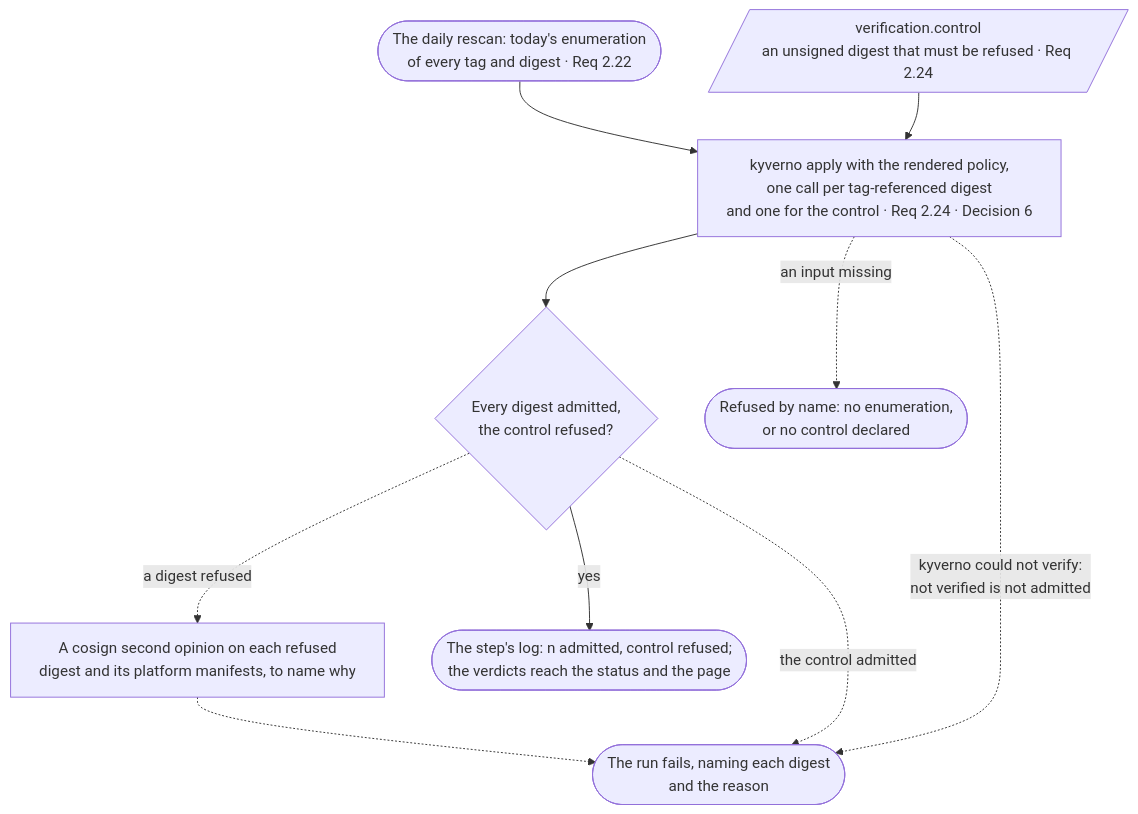
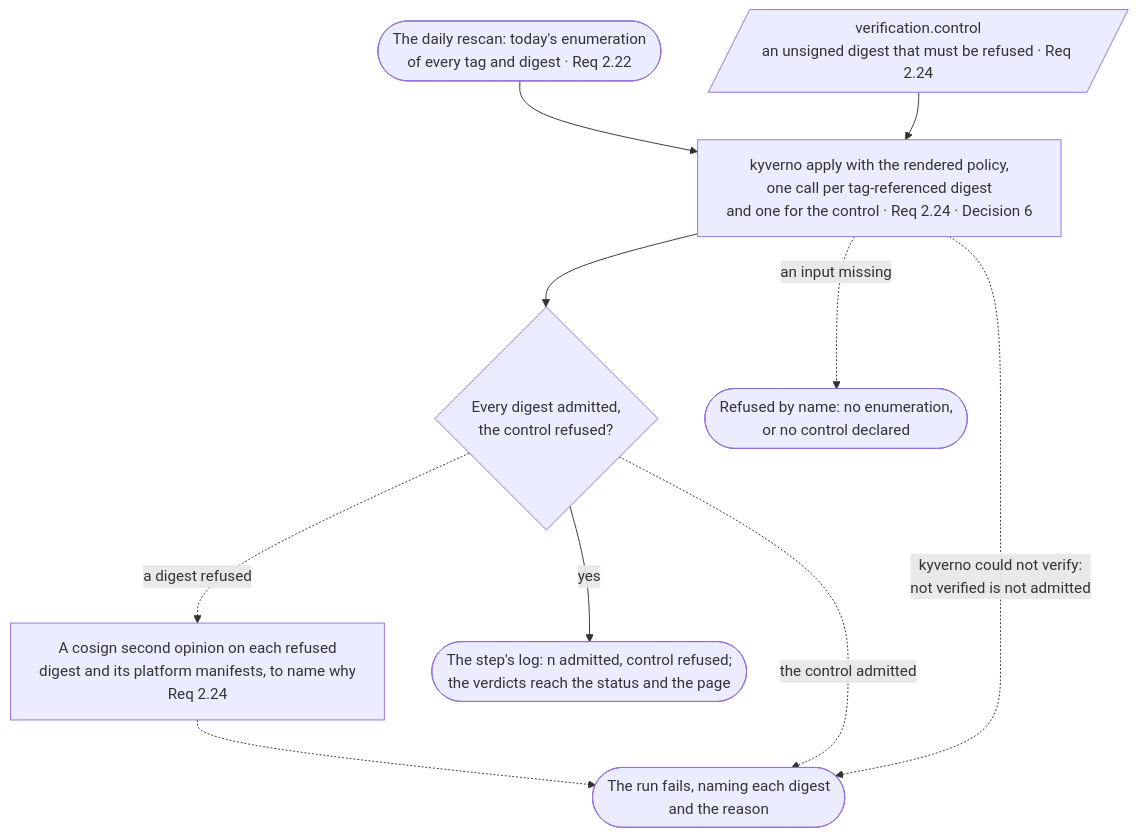
Before and after one commit to mm-weber/dhc-pipeline: diagram 30 of 31 in docs/lanes.md, drawn with Mermaid. The commit also changed other lines of this file and 9 other files, not shown here.

````diff
--- a/docs/lanes.md
+++ b/docs/lanes.md
@@ -1118,19 +1118,19 @@
 ```mermaid
 %%{init: {"flowchart": {"wrappingWidth": 340}}}%%
 flowchart TB
     IN(["The daily rescan: today's enumeration<br/>of every tag and digest · Req 2.22"])
     CTRL[/"verification.control<br/>an unsigned digest that must be refused · Req 2.24"/]
     ADM["kyverno apply with the rendered policy,<br/>one call per tag-referenced digest<br/>and one for the control · Req 2.24 · Decision 6"]
     AV{"Every digest admitted,<br/>the control refused?"}
-    COS["A cosign second opinion on each refused<br/>digest and its platform manifests, to name why"]
+    COS["A cosign second opinion on each refused<br/>digest and its platform manifests, to name why<br/>Req 2.24"]
     OK(["The step's log: n admitted, control refused;<br/>the verdicts reach the status and the page"])
     RED(["The run fails, naming each digest<br/>and the reason"])
     REFU(["Refused by name: no enumeration,<br/>or no control declared"])
     IN --> ADM
     CTRL --> ADM --> AV
     AV -->|yes| OK
     AV -.->|a digest refused| COS -.-> RED
     AV -.->|the control admitted| RED
     ADM -.->|kyverno could not verify:<br/>not verified is not admitted| RED
     ADM -.->|an input missing| REFU
 ```
````
